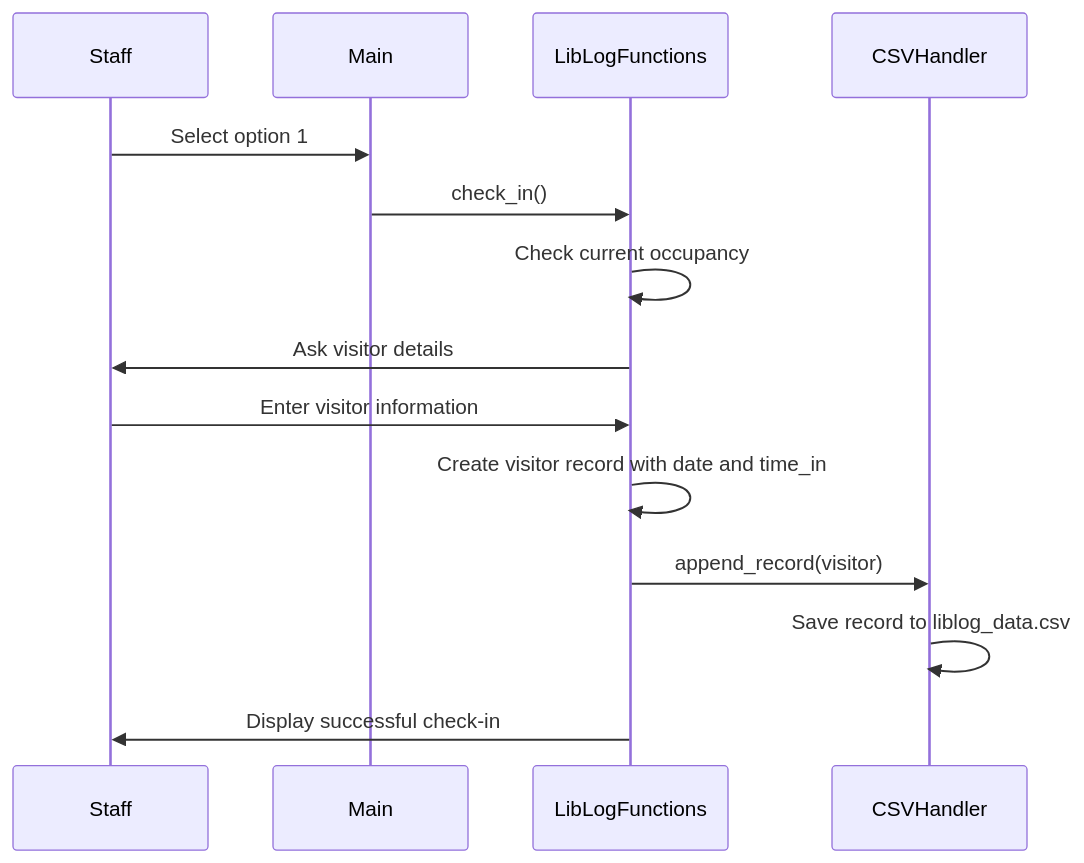
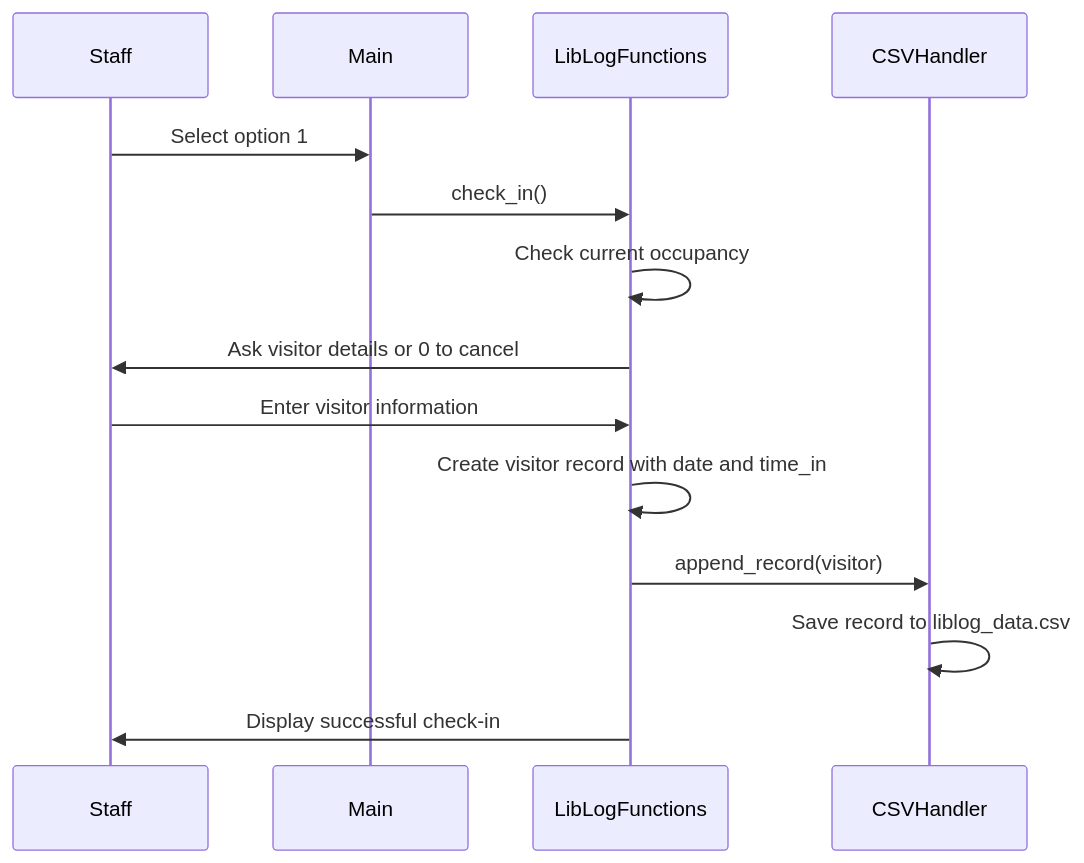
The third of 5 diagrams in DOCUMENTATION.md (KekenGit/LibLogConsole), drawn with Mermaid before and after one commit. The commit also changed other lines of this file, not shown here.

````diff
--- a/DOCUMENTATION.md
+++ b/DOCUMENTATION.md
@@ -182,17 +192,17 @@
 ```mermaid
 sequenceDiagram
     participant Staff
     participant Main
     participant LibLogFunctions
     participant CSVHandler
 
     Staff->>Main: Select option 1
     Main->>LibLogFunctions: check_in()
     LibLogFunctions->>LibLogFunctions: Check current occupancy
-    LibLogFunctions->>Staff: Ask visitor details
+    LibLogFunctions->>Staff: Ask visitor details or 0 to cancel
     Staff->>LibLogFunctions: Enter visitor information
     LibLogFunctions->>LibLogFunctions: Create visitor record with date and time_in
     LibLogFunctions->>CSVHandler: append_record(visitor)
     CSVHandler->>CSVHandler: Save record to liblog_data.csv
     LibLogFunctions->>Staff: Display successful check-in
 ```
````
